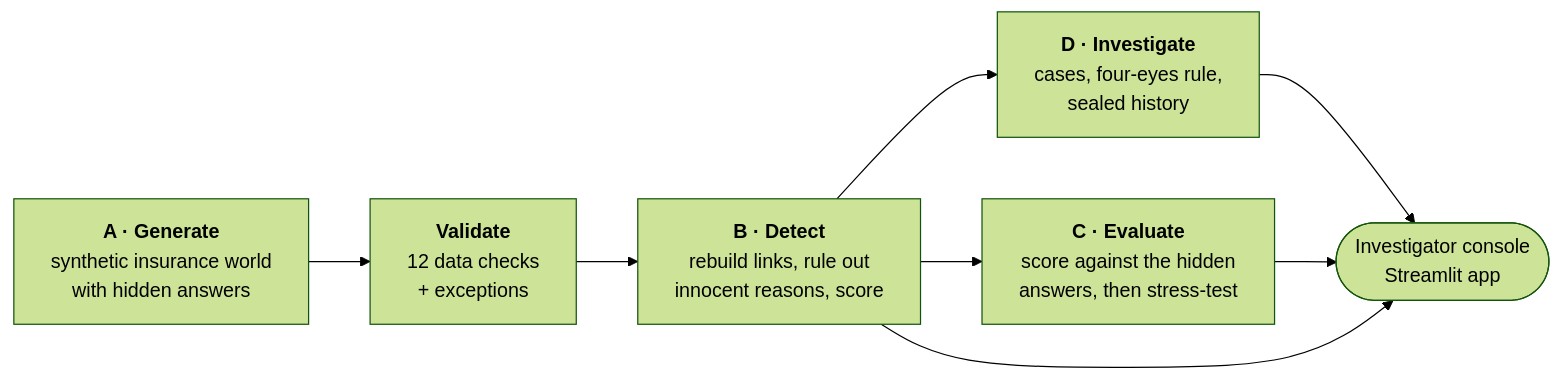
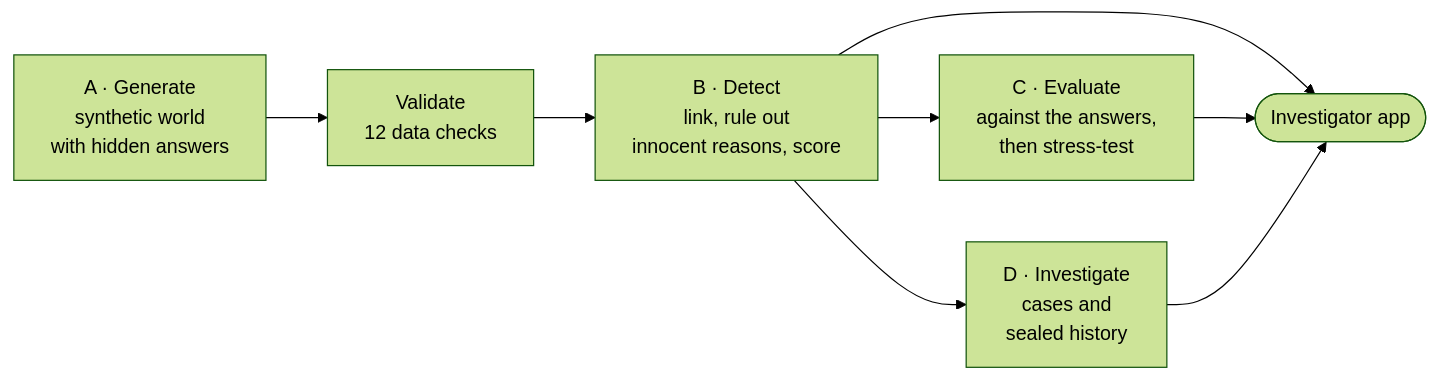
One commit to dsservant28/Insurance-fraud-network-detection changed the first of 5 diagrams in README.md. Above: the diagram before and after it, drawn with Mermaid (forest theme). The commit also changed other lines of this file, not shown here.

````diff
--- a/README.md
+++ b/README.md
@@ -52,10 +65,10 @@
 ```mermaid
 flowchart LR
-    A["<b>A · Generate</b><br/>synthetic insurance world<br/>with hidden answers"] --> V["<b>Validate</b><br/>12 data checks<br/>+ exceptions"]
-    V --> B["<b>B · Detect</b><br/>rebuild links, rule out<br/>innocent reasons, score"]
-    B --> D["<b>D · Investigate</b><br/>cases, four-eyes rule,<br/>sealed history"]
-    B --> C["<b>C · Evaluate</b><br/>score against the hidden<br/>answers, then stress-test"]
-    D --> APP(["Investigator console<br/>Streamlit app"])
+    A["A · Generate<br/>synthetic world<br/>with hidden answers"] --> V["Validate<br/>12 data checks"]
+    V --> B["B · Detect<br/>link, rule out<br/>innocent reasons, score"]
+    B --> D["D · Investigate<br/>cases and<br/>sealed history"]
+    B --> C["C · Evaluate<br/>against the answers,<br/>then stress-test"]
+    B --> APP(["Investigator app"])
     C --> APP
-    B --> APP
+    D --> APP
 ```
````
